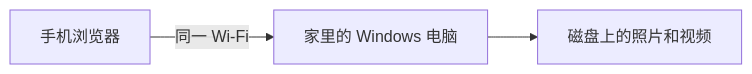
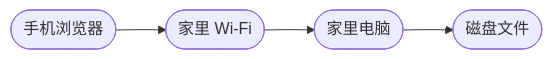
The first of 3 diagrams in README.md (A-Huu/PhoneCloud), drawn with Mermaid before and after one commit. The commit also changed other lines of this file, not shown here.

````diff
--- a/README.md
+++ b/README.md
@@ -10,5 +10,4 @@
 ```mermaid
 flowchart LR
-  phone["手机浏览器"] -->|"同一 Wi-Fi"| pc["家里的 Windows 电脑"]
-  pc --> files["磁盘上的照片和视频"]
+  phone(["手机浏览器"]) --> wifi(["家里 Wi-Fi"]) --> pc(["家里电脑"]) --> files(["磁盘文件"])
 ```
````
